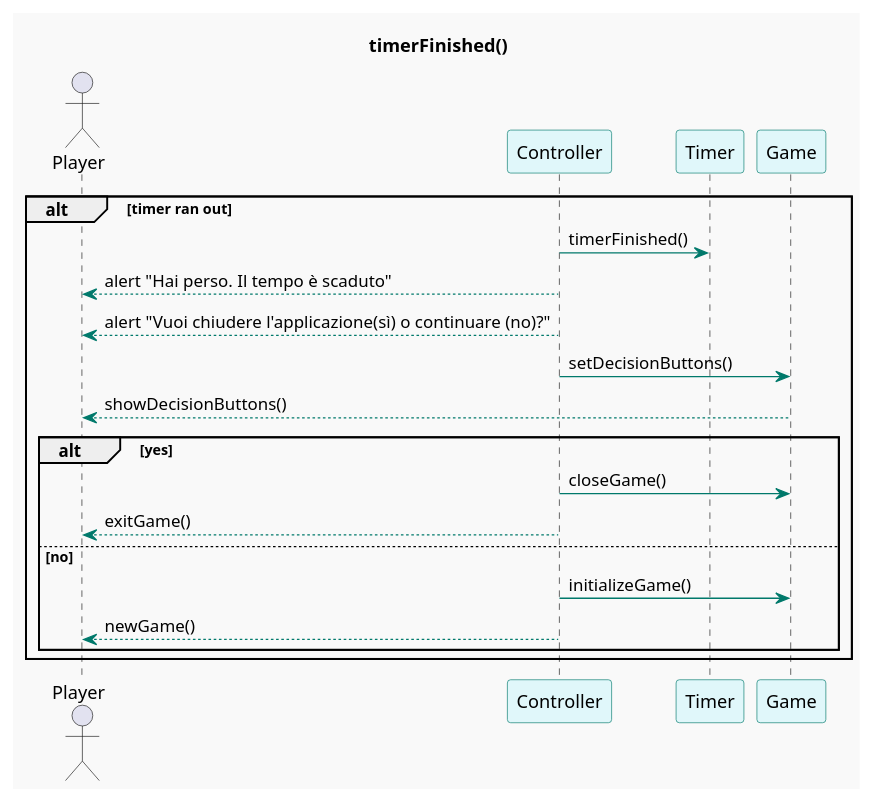
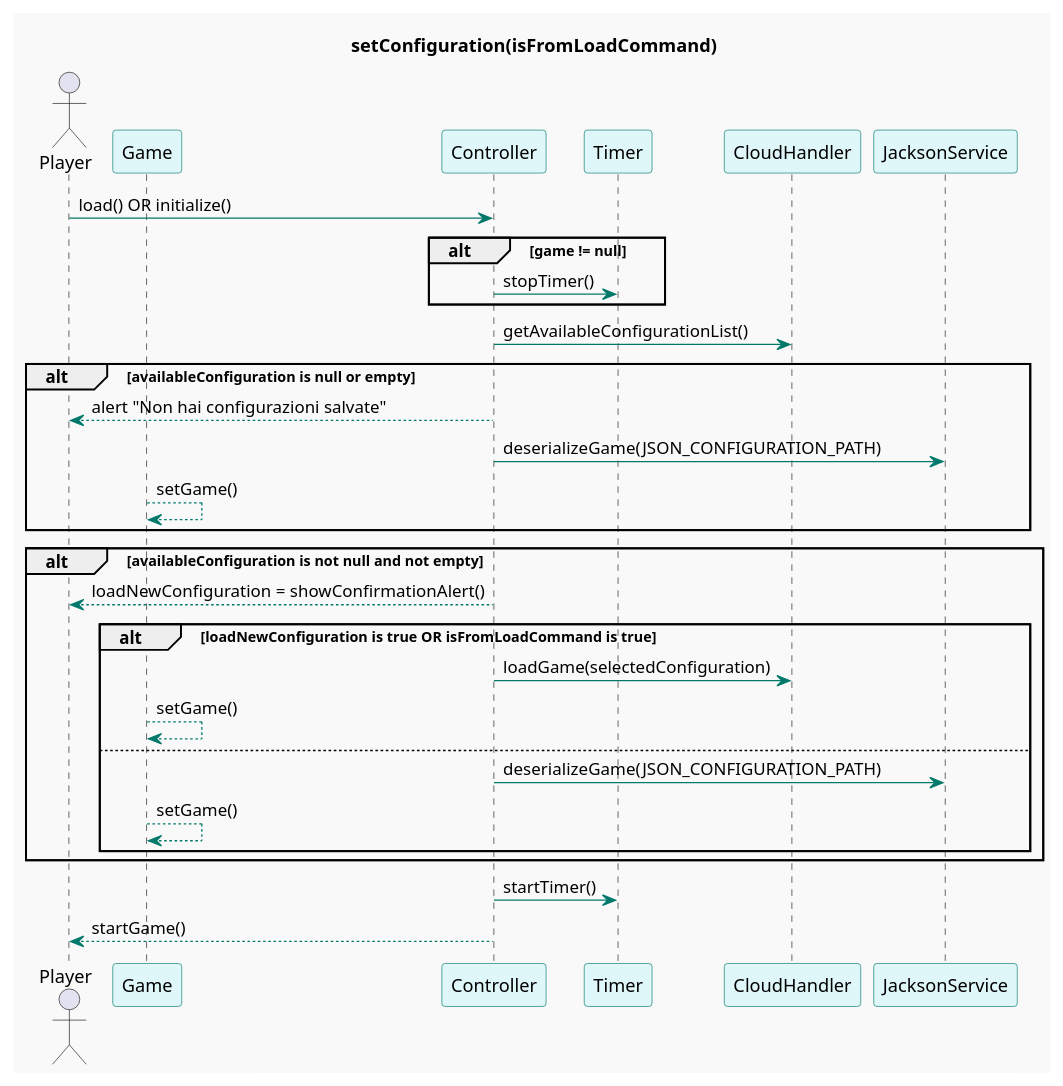
Before and after one commit to marchettialessio/gastronomia_team14: the third of 4 diagrams in internal_sequence_diagrams.md, drawn with PlantUML. The commit also changed other lines of this file, not shown here.

````diff
--- a/internal_sequence_diagrams.md
+++ b/internal_sequence_diagrams.md
@@ -91,39 +88,48 @@
+```uml
+
 @startuml
 
-title timerFinished()
+title setConfiguration(isFromLoadCommand)
 
 skinparam backgroundColor #f9f9f9
 skinparam participantBackgroundColor #e0f7fa
 skinparam participantBorderColor #00796b
 skinparam sequenceArrowColor #00796b
 skinparam sequenceBoxBackgroundColor #b2dfdb
 skinparam sequenceBoxBorderColor #004d40
 skinparam criticalBackgroundColor #ffcdd2
 skinparam criticalBorderColor #b71c1c
 skinparam altBackgroundColor #d1c4e9
 skinparam altBorderColor #512da8
 
-
 actor Player
+participant Game
 participant Controller
 participant Timer
-participant Game
+participant CloudHandler
+participant JacksonService
 
-
-alt timer ran out
-Controller -> Timer: timerFinished()
-Controller --> Player: alert "Hai perso. Il tempo è scaduto"
-Controller --> Player: alert "Vuoi chiudere l'applicazione(sì) o continuare (no)?"
-Controller -> Game: setDecisionButtons()
-Game --> Player: showDecisionButtons()
-alt yes
-    Controller -> Game: closeGame()
-    Controller --> Player: exitGame()
-else no
-    Controller -> Game: initializeGame()
-    Controller --> Player: newGame()
+Player -> Controller: load() OR initialize()
+alt game != null
+    Controller -> Timer : stopTimer()
 end
-
-
+Controller -> CloudHandler : getAvailableConfigurationList()
+alt availableConfiguration is null or empty
+    Controller --> Player: alert "Non hai configurazioni salvate"
+    Controller -> JacksonService : deserializeGame(JSON_CONFIGURATION_PATH)
+    Game --> Game : setGame()
 end
+alt availableConfiguration is not null and not empty
+    Controller --> Player : loadNewConfiguration = showConfirmationAlert()
+    alt loadNewConfiguration is true OR isFromLoadCommand is true
+        Controller -> CloudHandler : loadGame(selectedConfiguration)
+        Game --> Game : setGame()
+    else
+        Controller -> JacksonService : deserializeGame(JSON_CONFIGURATION_PATH)
+        Game --> Game : setGame()
+    end
+end
+Controller -> Timer : startTimer()
+Controller --> Player: startGame()
 @enduml
+```
````
